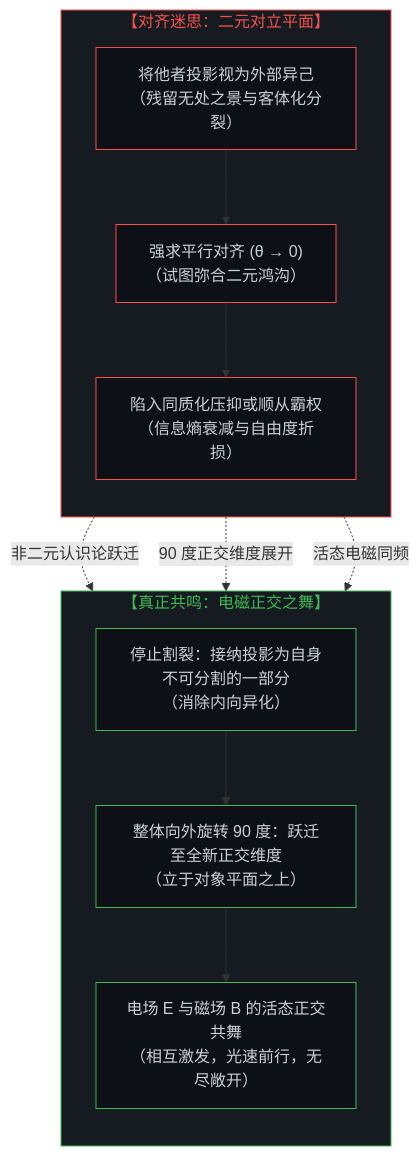
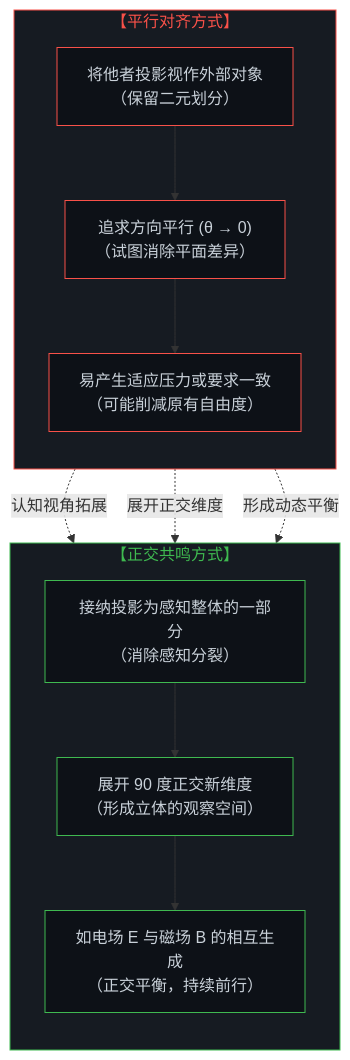
The fourth of 4 diagrams in content/posts/the-mind-as-vector-and-coordinate-system.md (powerpig99/not-a-toe), drawn with Mermaid before and after one commit. The commit also changed other lines of this file and 5 other files, not shown here.

````diff
--- a/content/posts/the-mind-as-vector-and-coordinate-system.md
+++ b/content/posts/the-mind-as-vector-and-coordinate-system.md
@@ -234,31 +228,31 @@
 ```mermaid
 graph TD
-    subgraph S_Duality["【对齐迷思：二元对立平面】"]
+    subgraph S_Duality["【平行对齐方式】"]
         direction TB
-        P1["将他者投影视为外部异己<br>（残留无处之景与客体化分裂）"]
-        P2["强求平行对齐 (θ → 0)<br>（试图弥合二元鸿沟）"]
-        P3["陷入同质化压抑或顺从霸权<br>（信息熵衰减与自由度折损）"]
+        P1["将他者投影视作外部对象<br>（保留二元划分）"]
+        P2["追求方向平行 (θ → 0)<br>（试图消除平面差异）"]
+        P3["易产生适应压力或要求一致<br>（可能削减原有自由度）"]
         P1 --> P2 --> P3
     end
 
-    subgraph S_EM["【真正共鸣：电磁正交之舞】"]
+    subgraph S_EM["【正交共鸣方式】"]
         direction TB
-        E1["停止割裂：接纳投影为自身不可分割的一部分<br>（消除内向异化）"]
-        E2["整体向外旋转 90 度：跃迁至全新正交维度<br>（立于对象平面之上）"]
-        E3["电场 E 与磁场 B 的活态正交共舞<br>（相互激发，光速前行，无尽敞开）"]
+        E1["接纳投影为感知整体的一部分<br>（消除感知分裂）"]
+        E2["展开 90 度正交新维度<br>（形成立体的观察空间）"]
+        E3["如电场 E 与磁场 B 的相互生成<br>（正交平衡，持续前行）"]
         E1 --> E2 --> E3
     end
 
-    P1 -.->|"非二元认识论跃迁"| E1
-    P2 -.->|"90 度正交维度展开"| E2
-    P3 -.->|"活态电磁同频"| E3
+    P1 -.->|"认知视角拓展"| E1
+    P2 -.->|"展开正交维度"| E2
+    P3 -.->|"形成动态平衡"| E3
 
     style S_Duality fill:#161b22,stroke:#f85149,stroke-width:1px,color:#f85149
     style S_EM fill:#161b22,stroke:#3fb950,stroke-width:1px,color:#3fb950
     style P1 fill:#0d1117,stroke:#f85149,stroke-width:1px,color:#c9d1d9
     style P2 fill:#0d1117,stroke:#f85149,stroke-width:1px,color:#c9d1d9
     style P3 fill:#0d1117,stroke:#f85149,stroke-width:1px,color:#c9d1d9
     style E1 fill:#0d1117,stroke:#3fb950,stroke-width:1px,color:#c9d1d9
     style E2 fill:#0d1117,stroke:#3fb950,stroke-width:1px,color:#c9d1d9
     style E3 fill:#0d1117,stroke:#3fb950,stroke-width:1px,color:#c9d1d9
 ```
````
